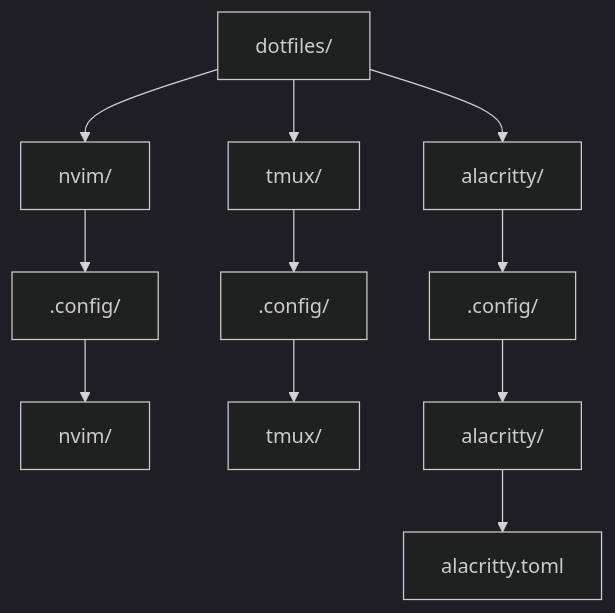
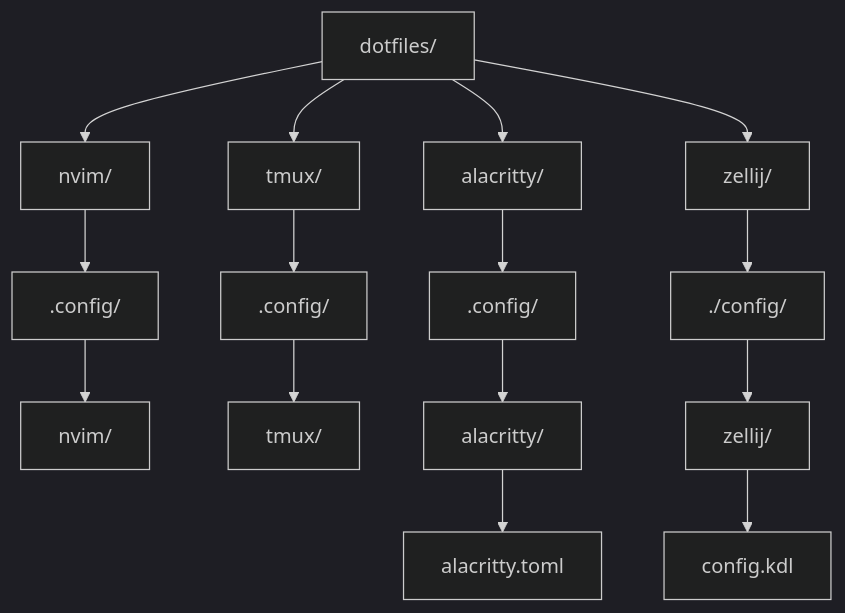
One commit to EvegeniyNekrasov/dotfiles changed the diagram in README.md. Above: the diagram before and after it, drawn with Mermaid (dark theme). The commit also changed other lines of this file and 1 other file, not shown here.

Commit message:
adding zellij config

````diff
--- a/README.md
+++ b/README.md
@@ -20,16 +21,21 @@
 ```mermaid
 flowchart TD
     A[dotfiles/] --> B[nvim/]
     A --> C[tmux/]
     A --> D[alacritty/]
+    A --> E[zellij/]
 
     B --> B1[".config/"]
     B1 --> B2[nvim/]
 
     C --> C1[".config/"]
     C1 --> C2[tmux/]
 
     D --> D1[".config/"]
     D1 --> D2[alacritty/]
     D2 --> D3[alacritty.toml]
+
+    E --> E1["./config/"]
+    E1 --> E2[zellij/]
+    E2 --> E3[config.kdl]
 ```
````
